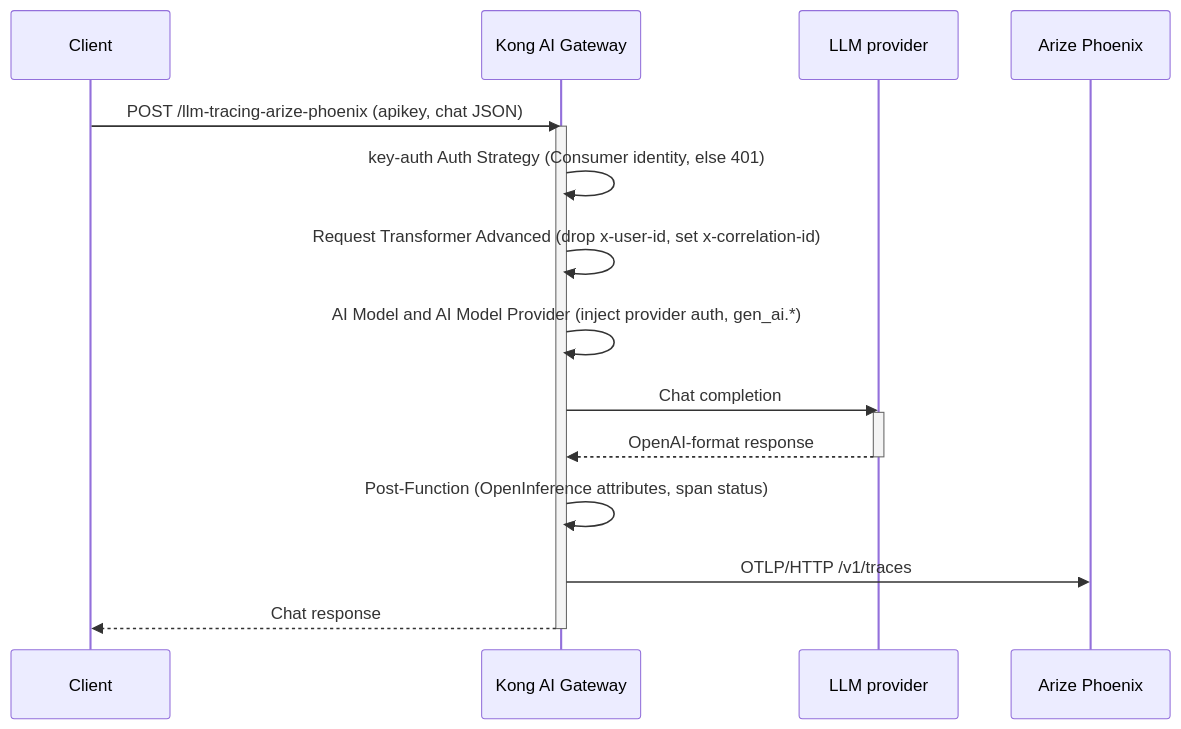
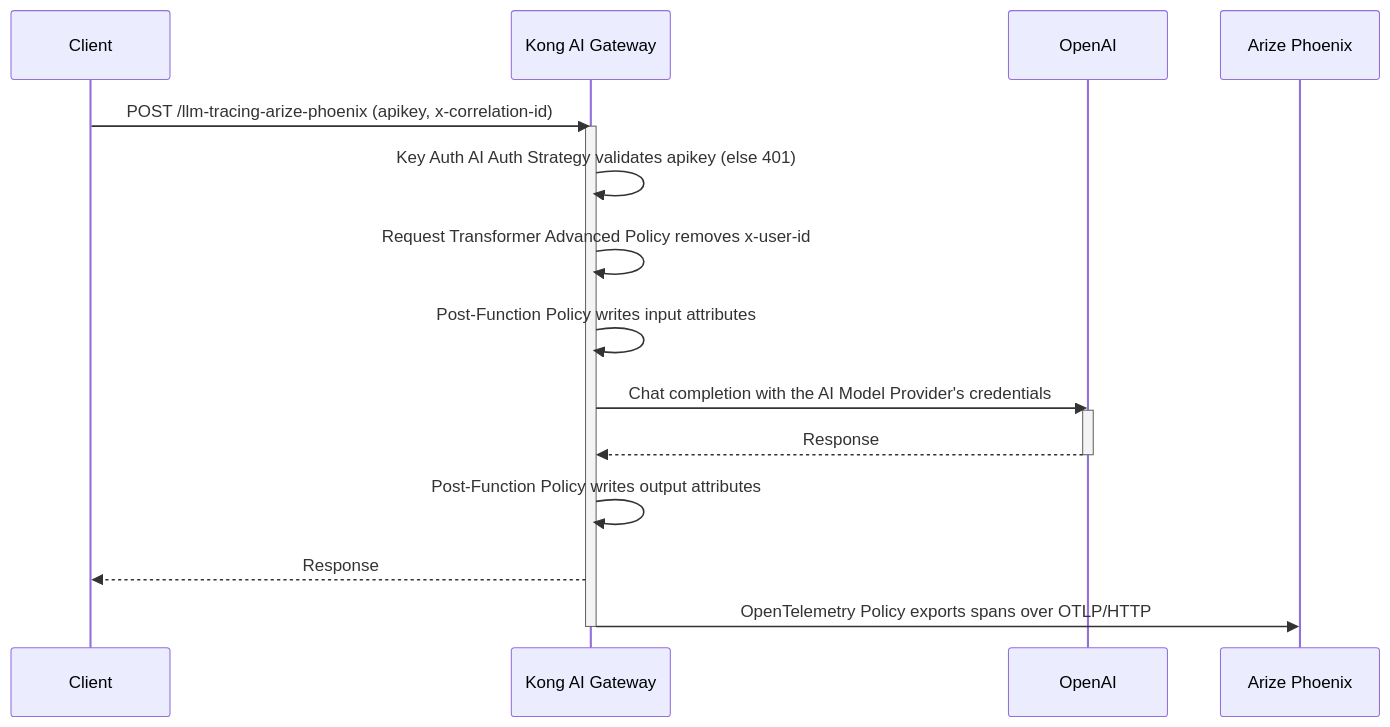
The diagram in app/_cookbooks/llm-tracing-arize-phoenix.md (Kong/developer.konghq.com), drawn with Mermaid before and after one commit. The commit also changed other lines of this file and 22 other files, not shown here.

```diff
--- a/app/_cookbooks/llm-tracing-arize-phoenix.md
+++ b/app/_cookbooks/llm-tracing-arize-phoenix.md
@@ -169,21 +675,21 @@
 {% mermaid %}
 sequenceDiagram
     participant C as Client
     participant K as Kong AI Gateway
-    participant L as LLM provider
+    participant L as OpenAI
     participant P as Arize Phoenix
 
-    C->>K: POST /llm-tracing-arize-phoenix (apikey, chat JSON)
+    C->>K: POST /llm-tracing-arize-phoenix (apikey, x-correlation-id)
     activate K
-    K->>K: key-auth Auth Strategy (Consumer identity, else 401)
-    K->>K: Request Transformer Advanced (drop x-user-id, set x-correlation-id)
-    K->>K: AI Model and AI Model Provider (inject provider auth, gen_ai.*)
-    K->>L: Chat completion
+    K->>K: Key Auth AI Auth Strategy validates apikey (else 401)
+    K->>K: Request Transformer Advanced Policy removes x-user-id
+    K->>K: Post-Function Policy writes input attributes
+    K->>L: Chat completion with the AI Model Provider's credentials
     activate L
-    L-->>K: OpenAI-format response
+    L-->>K: Response
     deactivate L
-    K->>K: Post-Function (OpenInference attributes, span status)
-    K->>P: OTLP/HTTP /v1/traces
-    K-->>C: Chat response
+    K->>K: Post-Function Policy writes output attributes
+    K-->>C: Response
+    K->>P: OpenTelemetry Policy exports spans over OTLP/HTTP
     deactivate K
 {% endmermaid %}
```
